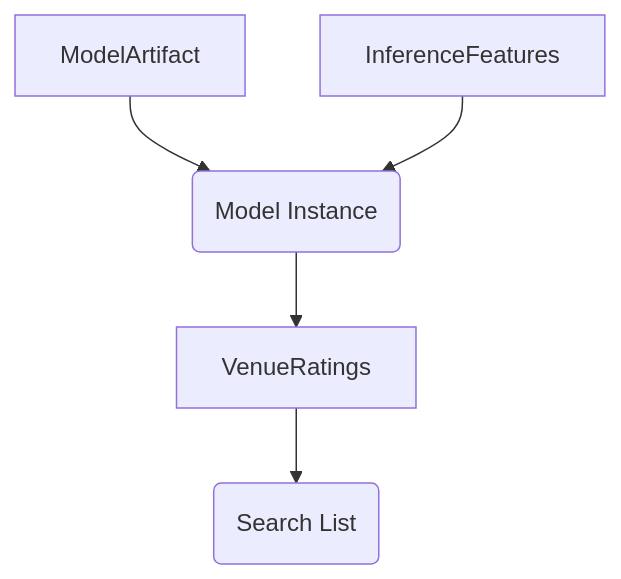
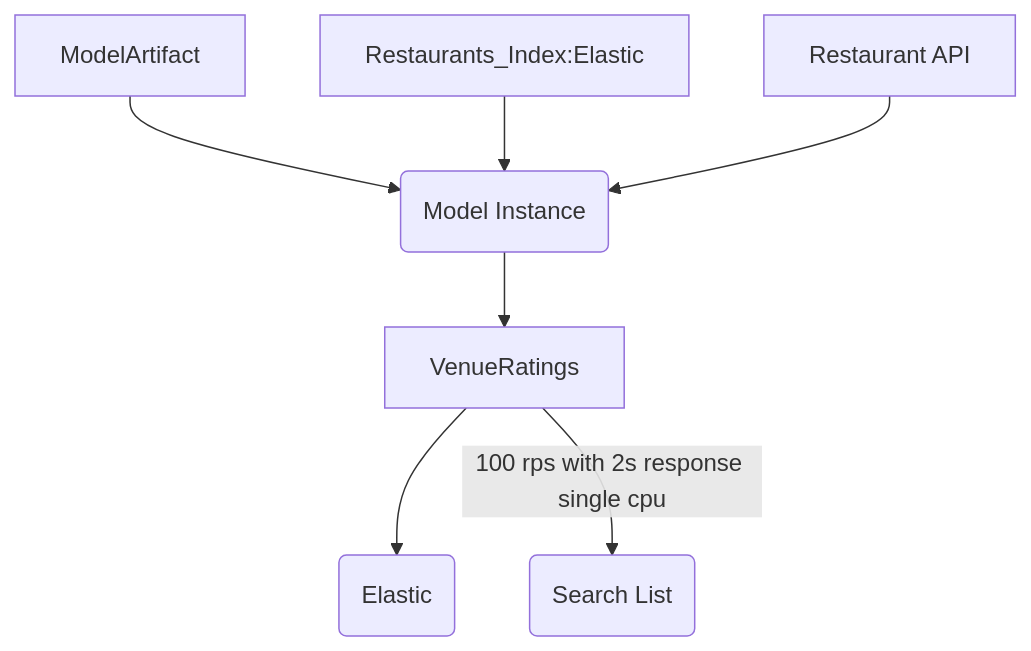
Before and after one commit to ra312/model-server: the diagram in README.md, drawn with Mermaid. The commit also changed other lines of this file and 2 other files, not shown here.

````diff
--- a/README.md
+++ b/README.md
@@ -2,8 +2,12 @@
 ```mermaid
 flowchart TD
     A[ModelArtifact] -->B(Model Instance)
-    G[InferenceFeatures] -->  B
-    B --> C[VenueRatings]
-    C -->D(Search List)
+    E[Restaurants_Index:Elastic] -->B
+    F[Restaurant API] -->B
+    %% G[InferenceFeatures: ES_Index] -->B
+    %% G --> H
+    B -->C[VenueRatings] --> H(Elastic)
+    %% H[ElasticIndex] --> B
+    C -- 100 rps with 2s response single cpu-->D(Search List)
 
 ```
````
